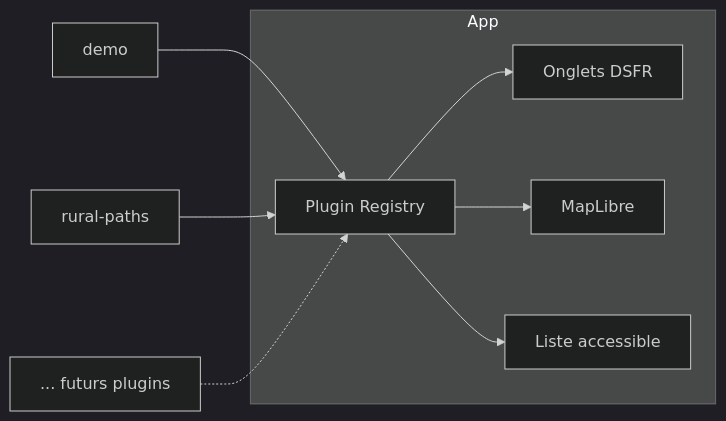
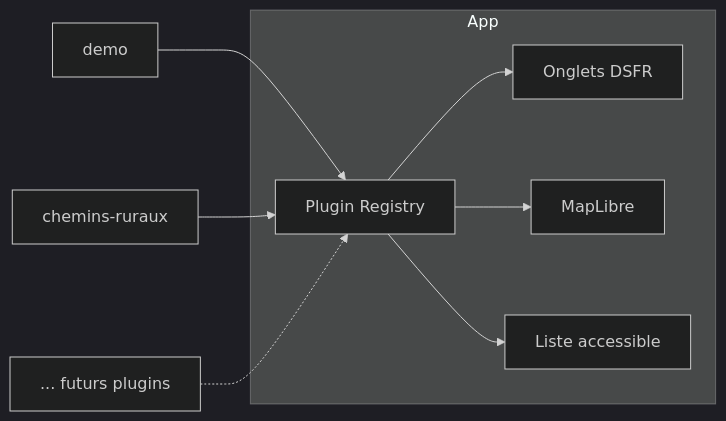
Before and after one commit to BaseAdresseNationale/mes-donnees-geo: the diagram in README.md, drawn with Mermaid (dark theme). The commit also changed other lines of this file and 44 other files, not shown here.

````diff
--- a/README.md
+++ b/README.md
@@ -29,15 +28,15 @@
 ```mermaid
 flowchart LR
     subgraph App
         Reg[Plugin Registry]
         Tabs[Onglets DSFR]
         Map[MapLibre]
         List[Liste accessible]
     end
     Reg --> Tabs
     Reg --> Map
     Reg --> List
     P1[demo] --> Reg
-    P2[rural-paths] --> Reg
+    P2[chemins-ruraux] --> Reg
     P3[... futurs plugins] -.-> Reg
 ```
````
